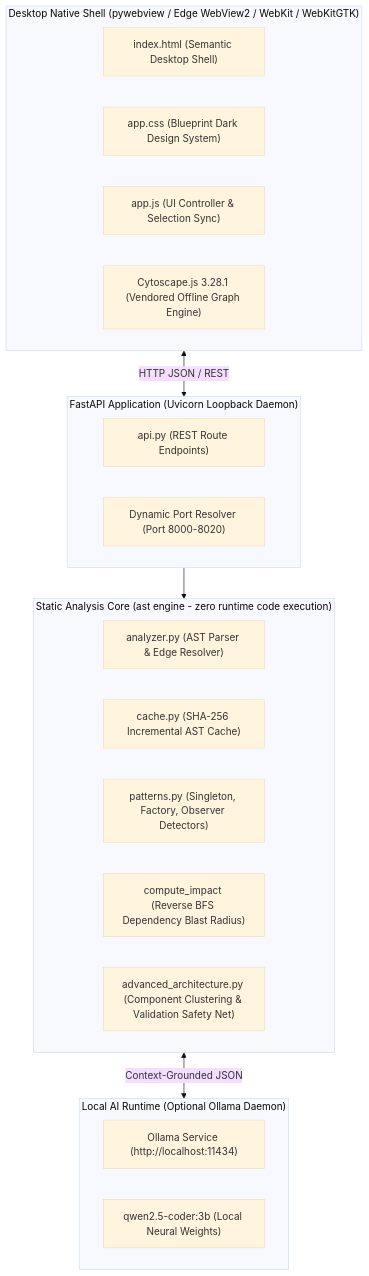
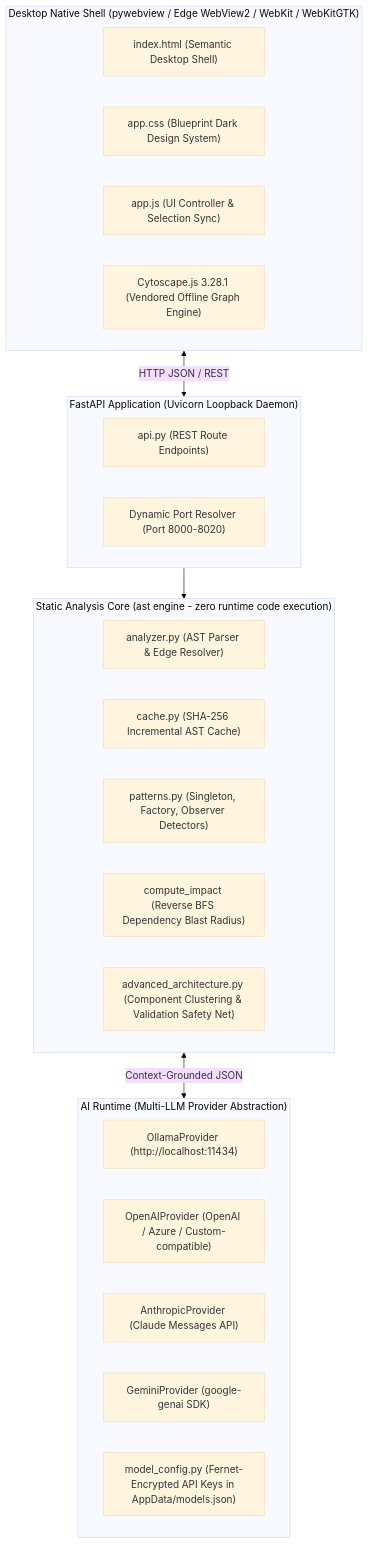
The diagram in codestruct/README.md (VSA-ABHINAV/CodeStruct), drawn with Mermaid (base theme) before and after one commit. The commit also changed other lines of this file and 1 other file, not shown here.

````diff
--- a/codestruct/README.md
+++ b/codestruct/README.md
@@ -31,31 +54,34 @@
 ```mermaid
 flowchart TD
     subgraph UI ["Desktop Native Shell (pywebview / Edge WebView2 / WebKit / WebKitGTK)"]
         HTML["index.html (Semantic Desktop Shell)"]
         CSS["app.css (Blueprint Dark Design System)"]
         JS["app.js (UI Controller & Selection Sync)"]
         CY["Cytoscape.js 3.28.1 (Vendored Offline Graph Engine)"]
     end
 
     subgraph Backend ["FastAPI Application (Uvicorn Loopback Daemon)"]
         API["api.py (REST Route Endpoints)"]
         PORT["Dynamic Port Resolver (Port 8000-8020)"]
     end
 
     subgraph Core ["Static Analysis Core (ast engine - zero runtime code execution)"]
         ANALYZER["analyzer.py (AST Parser & Edge Resolver)"]
         CACHE["cache.py (SHA-256 Incremental AST Cache)"]
         PATTERNS["patterns.py (Singleton, Factory, Observer Detectors)"]
         IMPACT["compute_impact (Reverse BFS Dependency Blast Radius)"]
         ARCH["advanced_architecture.py (Component Clustering & Validation Safety Net)"]
     end
 
-    subgraph LLM ["Local AI Runtime (Optional Ollama Daemon)"]
-        OLLAMA["Ollama Service (http://localhost:11434)"]
-        MODEL["qwen2.5-coder:3b (Local Neural Weights)"]
+    subgraph LLM ["AI Runtime (Multi-LLM Provider Abstraction)"]
+        OLLAMA["OllamaProvider (http://localhost:11434)"]
+        OPENAI["OpenAIProvider (OpenAI / Azure / Custom-compatible)"]
+        ANTHROPIC["AnthropicProvider (Claude Messages API)"]
+        GEMINI["GeminiProvider (google-genai SDK)"]
+        KEYS["model_config.py (Fernet-Encrypted API Keys in AppData/models.json)"]
     end
 
     UI <-->|HTTP JSON / REST| Backend
     Backend --> Core
     Core <-->|Context-Grounded JSON| LLM
 ```
````
